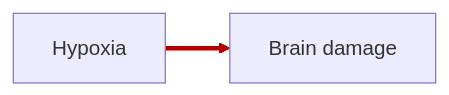
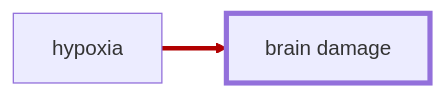
The seventh of 28 diagrams in README.md (frederik-hoeft/rimworld-more-injuries), drawn with Mermaid before and after one commit. The commit also changed other lines of this file and 14 other files, not shown here.

````diff
--- a/README.md
+++ b/README.md
@@ -330,11 +334,12 @@
 ```mermaid
 ---
 config:
   flowchart:
     htmlLabels: true
 ---
 flowchart LR
-  hypoxia[Hypoxia] ==> brain_damage[Brain damage]
+  hypoxia[hypoxia] ==> brain_damage[brain damage]
 
   linkStyle 0 stroke: #b10000
+  style brain_damage stroke-width: 4px
 ```
````
